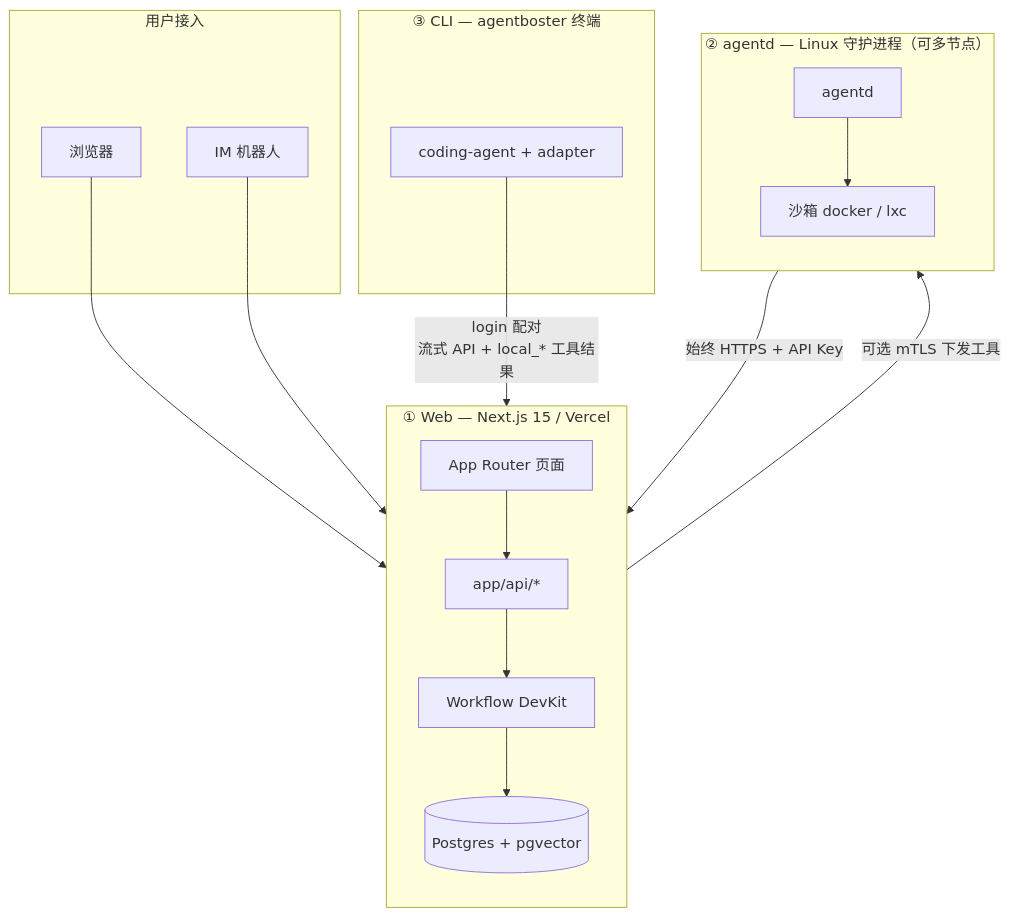
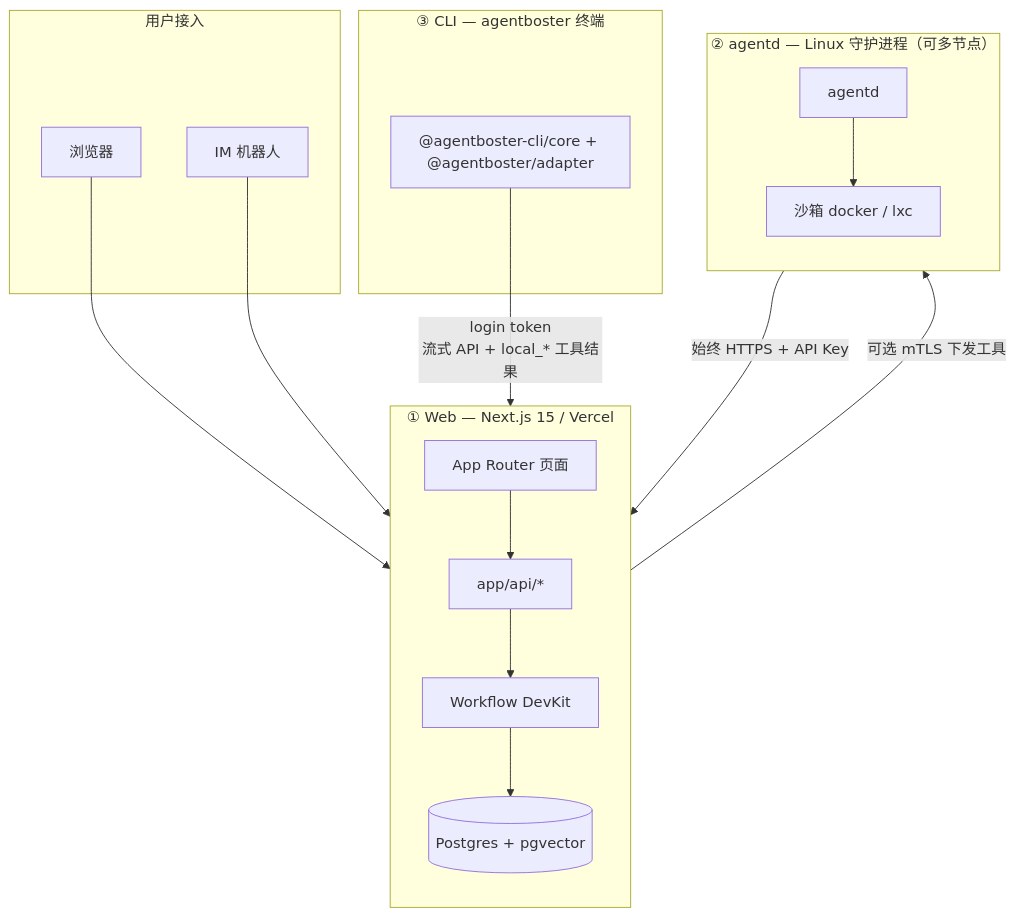
Before and after one commit to NekoSekaiMoe/agentboster: the diagram in README.md, drawn with Mermaid. The commit also changed other lines of this file and 35 other files, not shown here.

````diff
--- a/README.md
+++ b/README.md
@@ -34,34 +37,34 @@
 ```mermaid
 flowchart TB
   subgraph tier1["① Web — Next.js 15 / Vercel"]
     direction TB
     UI["App Router 页面"]
     API["app/api/*"]
     WF["Workflow DevKit"]
     DB[("Postgres + pgvector")]
     UI --> API --> WF --> DB
   end
 
   subgraph tier2["② agentd — Linux 守护进程（可多节点）"]
     direction TB
     AD["agentd"]
     SB["沙箱 docker / lxc"]
     AD --> SB
   end
 
   subgraph tier3["③ CLI — agentboster 终端"]
-    CLI["coding-agent + adapter"]
+    CLI["@agentboster-cli/core + @agentboster/adapter"]
   end
 
   subgraph clients["用户接入"]
     Browser["浏览器"]
     IM["IM 机器人"]
   end
 
   Browser --> UI
   IM --> API
-  CLI -->|"login 配对\n流式 API + local_* 工具结果"| API
+  CLI -->|"login token\n流式 API + local_* 工具结果"| API
 
   AD -->|"始终 HTTPS + API Key"| API
   API -->|"可选 mTLS 下发工具"| AD
 ```
````
